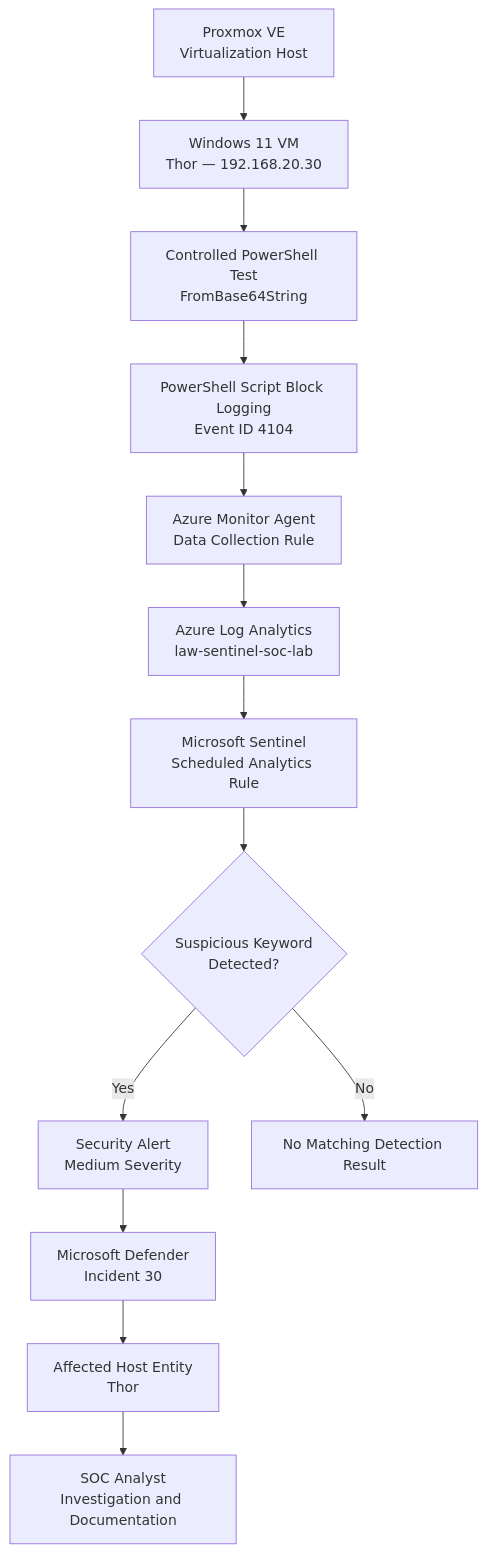
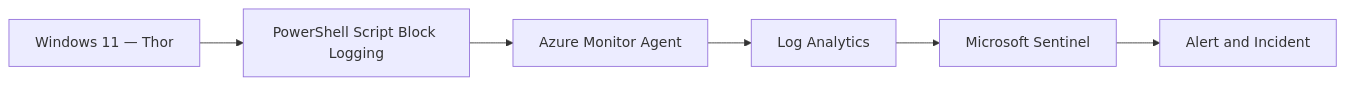
One commit to CyberAmal/microsoft-sentinel-cloud-soc changed the first of 2 diagrams in investigations/02-suspicious-powershell/README.md. Above: the diagram before and after it, drawn with Mermaid. The commit also changed other lines of this file, not shown here.

````diff
--- a/investigations/02-suspicious-powershell/README.md
+++ b/investigations/02-suspicious-powershell/README.md
@@ -62,28 +16,8 @@
 ```mermaid
-flowchart TD
-    A["Proxmox VE<br/>Virtualization Host"]
-    B["Windows 11 VM<br/>Thor — 192.168.20.30"]
-    C["Controlled PowerShell Test<br/>FromBase64String"]
-    D["PowerShell Script Block Logging<br/>Event ID 4104"]
-    E["Azure Monitor Agent<br/>Data Collection Rule"]
-    F["Azure Log Analytics<br/>law-sentinel-soc-lab"]
-    G["Microsoft Sentinel<br/>Scheduled Analytics Rule"]
-    H{"Suspicious Keyword<br/>Detected?"}
-    I["Security Alert<br/>Medium Severity"]
-    J["Microsoft Defender<br/>Incident 30"]
-    K["Affected Host Entity<br/>Thor"]
-    L["SOC Analyst<br/>Investigation and Documentation"]
-
-    A --> B
-    B --> C
-    C --> D
-    D --> E
-    E --> F
-    F --> G
-    G --> H
-    H -->|Yes| I
-    H -->|No| M["No Matching Detection Result"]
-    I --> J
-    J --> K
-    K --> L
+flowchart LR
+    A["Windows 11 — Thor"] --> B["PowerShell Script Block Logging"]
+    B --> C["Azure Monitor Agent"]
+    C --> D["Log Analytics"]
+    D --> E["Microsoft Sentinel"]
+    E --> F["Alert and Incident"]
 ```
````
